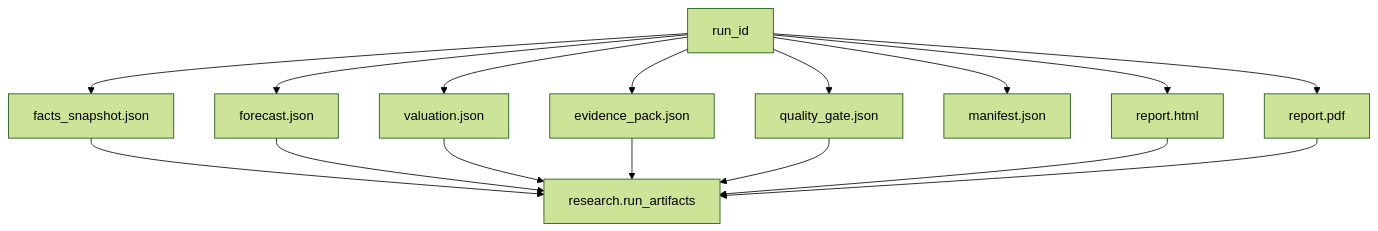
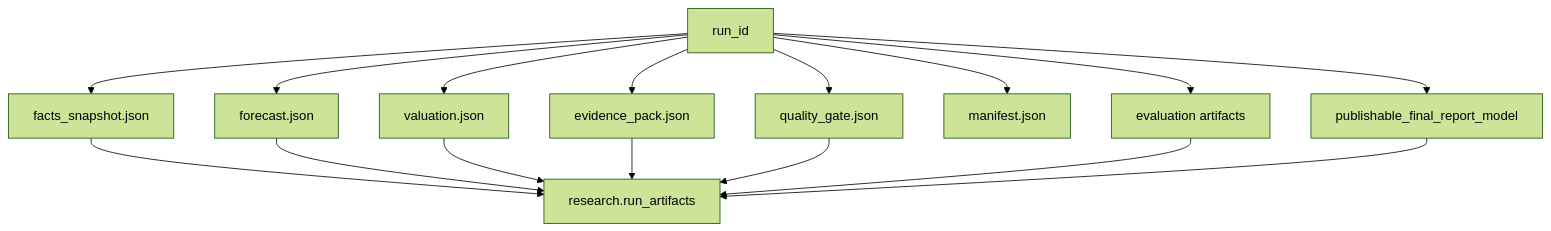
Diagram 15 of 24 in docs/SEQUENCE.md (haubelerche/equity-research-system), drawn with Mermaid (forest theme) before and after one commit. The commit also changed other lines of this file and 178 other files, not shown here.

````diff
--- a/docs/SEQUENCE.md
+++ b/docs/SEQUENCE.md
@@ -422,29 +413,29 @@
 ```mermaid
 flowchart TD
     A["run_id"]
     B["facts_snapshot.json"]
     C["forecast.json"]
     D["valuation.json"]
     E["evidence_pack.json"]
     F["quality_gate.json"]
     G["manifest.json"]
-    H["report.html"]
-    I["report.pdf"]
+    H["evaluation artifacts"]
+    I["publishable_final_report_model"]
     J["research.run_artifacts"]
 
     A --> B
     A --> C
     A --> D
     A --> E
     A --> F
     A --> G
     A --> H
     A --> I
     B --> J
     C --> J
     D --> J
     E --> J
     F --> J
     H --> J
     I --> J
 ```
````
